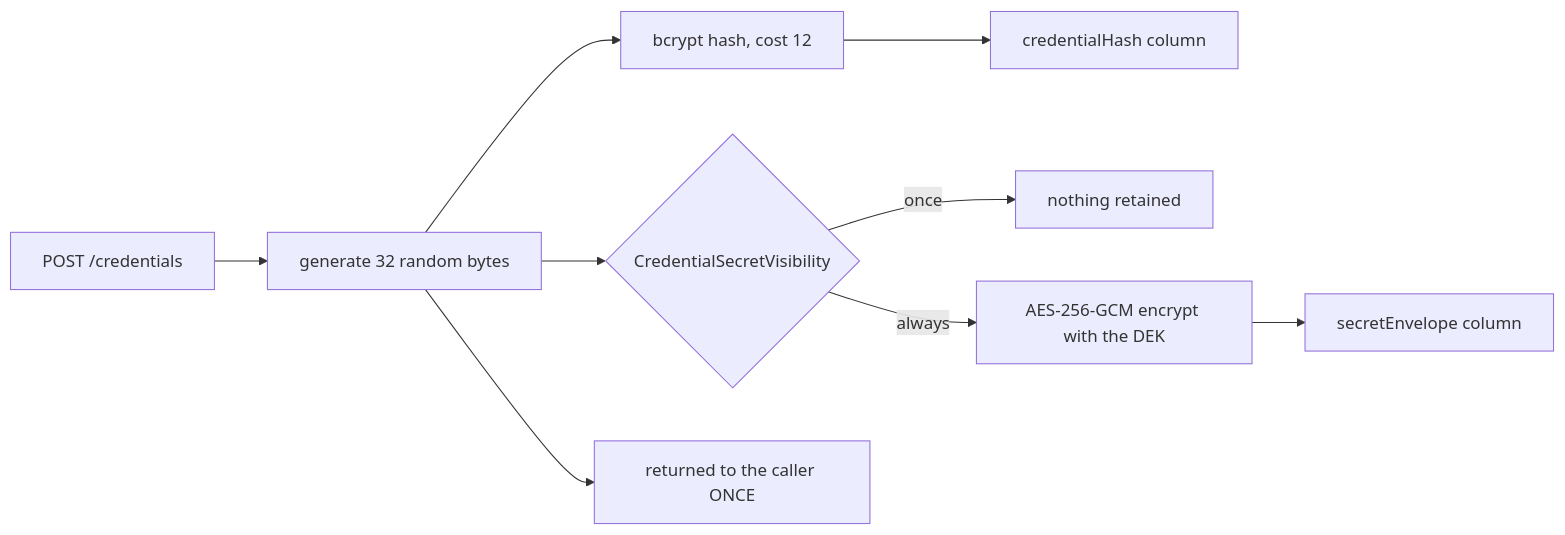
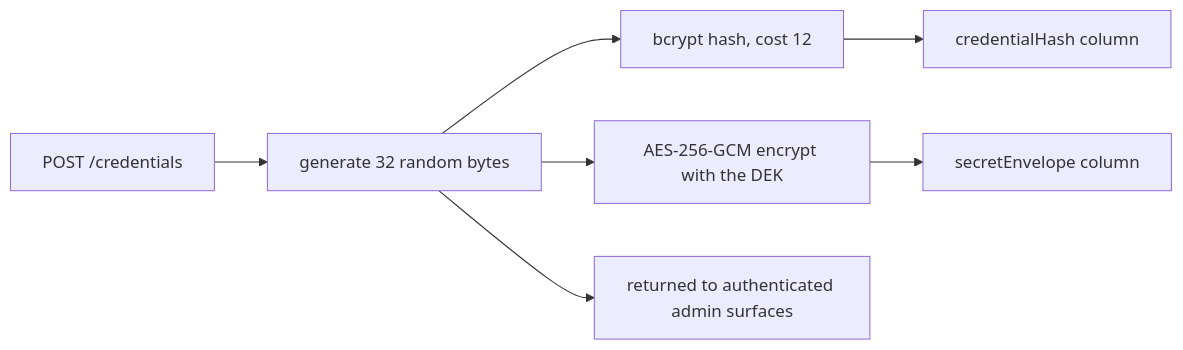
The second of 2 diagrams in docs/AUTHENTICATION_CONFIGURATION_REFERENCE.md (pranems/SCIMServer), drawn with Mermaid before and after one commit. The commit also changed other lines of this file and 109 other files, not shown here.

````diff
--- a/docs/AUTHENTICATION_CONFIGURATION_REFERENCE.md
+++ b/docs/AUTHENTICATION_CONFIGURATION_REFERENCE.md
@@ -132,11 +132,9 @@
 ```mermaid
 flowchart LR
   C["POST /credentials"] --> G["generate 32 random bytes"]
   G --> H["bcrypt hash, cost 12"]
   H --> DB["credentialHash column"]
-  G --> V{"CredentialSecretVisibility"}
-  V -->|"once"| D["nothing retained"]
-  V -->|"always"| E["AES-256-GCM encrypt with the DEK"]
+  G --> E["AES-256-GCM encrypt with the DEK"]
   E --> ENV["secretEnvelope column"]
-  G --> R["returned to the caller ONCE"]
+  G --> R["returned to authenticated admin surfaces"]
 ```
````
